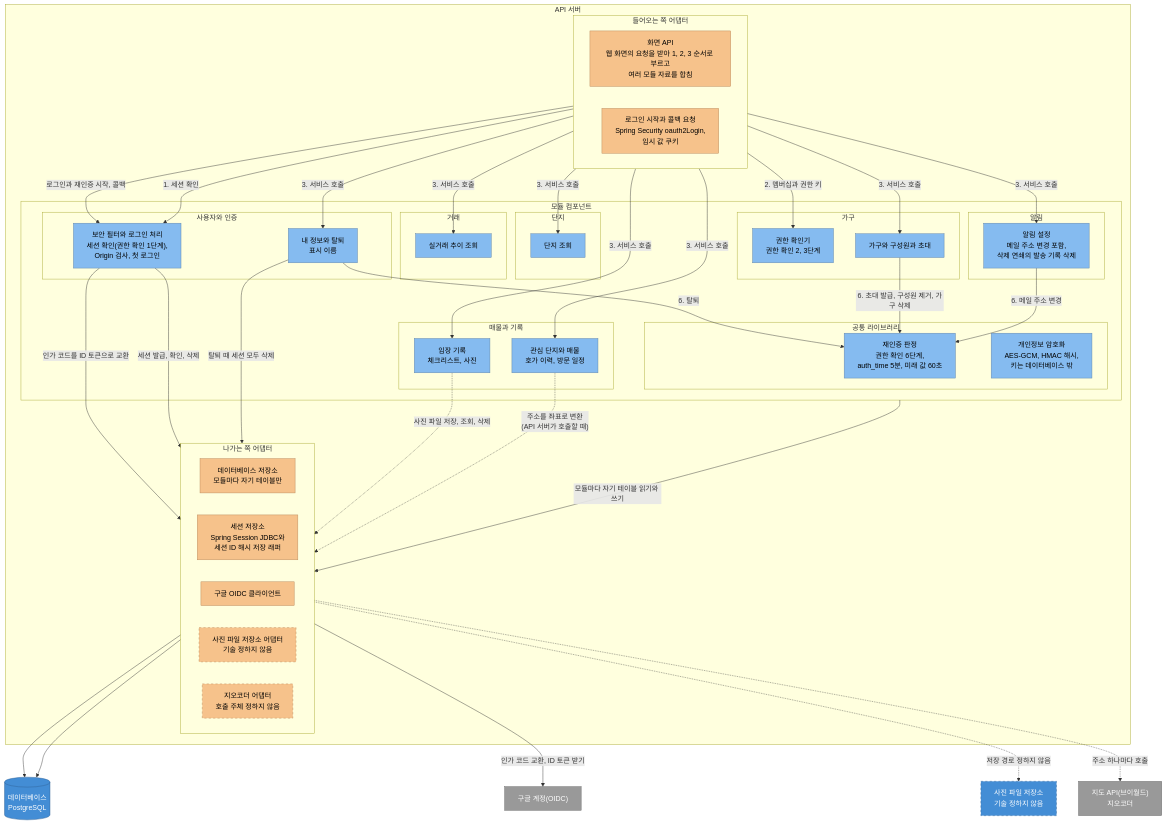
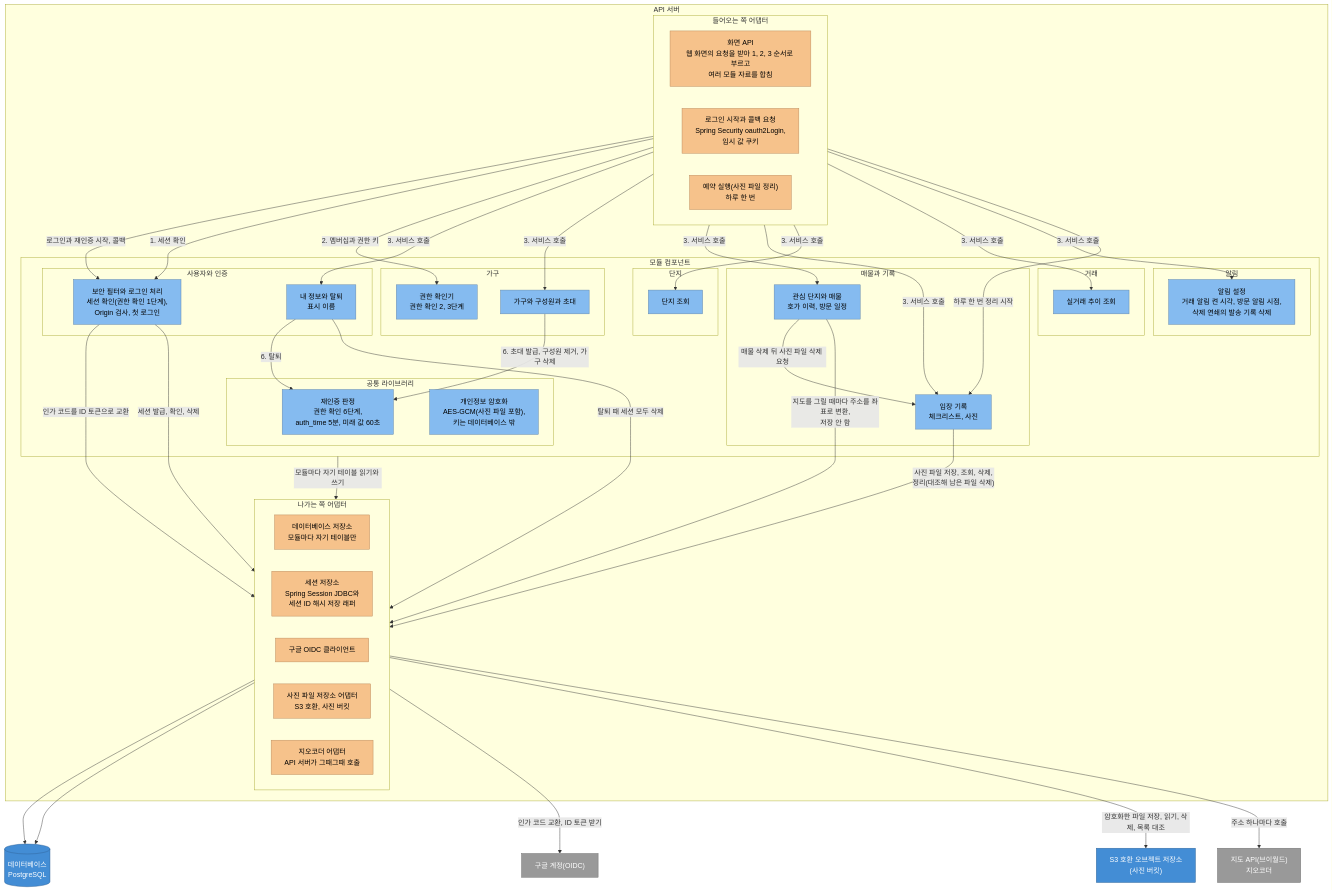
One commit to Park-Seung-Hun/real-estate changed the first of 3 diagrams in docs/architecture/c4-component.md. Above: the diagram before and after it, drawn with Mermaid. The commit also changed other lines of this file and 7 other files, not shown here.

````diff
--- a/docs/architecture/c4-component.md
+++ b/docs/architecture/c4-component.md
@@ -84,6 +88,7 @@
       direction LR
       inApi["화면 API<br/>웹 화면의 요청을 받아 1, 2, 3 순서로 부르고<br/>여러 모듈 자료를 합침"]
       inLogin["로그인 시작과 콜백 요청<br/>Spring Security oauth2Login,<br/>임시 값 쿠키"]
+      inClean["예약 실행(사진 파일 정리)<br/>하루 한 번"]
     end
 
     subgraph mods["모듈 컴포넌트"]
@@ -106,11 +111,11 @@
         trend["실거래 추이 조회"]
       end
       subgraph mNoti["알림"]
-        notiSet["알림 설정<br/>메일 주소 변경 포함,<br/>삭제 연쇄의 발송 기록 삭제"]
+        notiSet["알림 설정<br/>거래 알림 켠 시각, 방문 알림 시점,<br/>삭제 연쇄의 발송 기록 삭제"]
       end
       subgraph mCommon["공통 라이브러리"]
         reauth["재인증 판정<br/>권한 확인 6단계,<br/>auth_time 5분, 미래 값 60초"]
-        crypto["개인정보 암호화<br/>AES-GCM, HMAC 해시,<br/>키는 데이터베이스 밖"]
+        crypto["개인정보 암호화<br/>AES-GCM(사진 파일 포함),<br/>키는 데이터베이스 밖"]
       end
     end
 
@@ -119,13 +124,13 @@
       outDb["데이터베이스 저장소<br/>모듈마다 자기 테이블만"]
       outSession["세션 저장소<br/>Spring Session JDBC와<br/>세션 ID 해시 저장 래퍼"]
       outOidc["구글 OIDC 클라이언트"]
-      outPhoto["사진 파일 저장소 어댑터<br/>기술 정하지 않음"]
-      outGeo["지오코더 어댑터<br/>호출 주체 정하지 않음"]
+      outPhoto["사진 파일 저장소 어댑터<br/>S3 호환, 사진 버킷"]
+      outGeo["지오코더 어댑터<br/>API 서버가 그때그때 호출"]
     end
   end
 
   db[("데이터베이스<br/>PostgreSQL")]
-  photo["사진 파일 저장소<br/>기술 정하지 않음"]
+  photo["S3 호환 오브젝트 저장소<br/>(사진 버킷)"]
   google["구글 계정(OIDC)"]
   map["지도 API(브이월드)<br/>지오코더"]
 
@@ -141,29 +146,26 @@
   inApi -->|"3. 서비스 호출"| notiSet
   me -->|"6. 탈퇴"| reauth
   house -->|"6. 초대 발급, 구성원 제거, 가구 삭제"| reauth
-  notiSet -->|"6. 메일 주소 변경"| reauth
   sec -->|"인가 코드를 ID 토큰으로 교환"| outOidc
   sec -->|"세션 발급, 확인, 삭제"| outSession
   me -->|"탈퇴 때 세션 모두 삭제"| outSession
-  visit -.->|"사진 파일 저장, 조회, 삭제"| outPhoto
-  listing -.->|"주소를 좌표로 변환<br/>(API 서버가 호출할 때)"| outGeo
+  visit -->|"사진 파일 저장, 조회, 삭제,<br/>정리(대조해 남은 파일 삭제)"| outPhoto
+  inClean -->|"하루 한 번 정리 시작"| visit
+  listing -->|"매물 삭제 뒤 사진 파일 삭제 요청"| visit
+  listing -->|"지도를 그릴 때마다 주소를 좌표로 변환,<br/>저장 안 함"| outGeo
   mods -->|"모듈마다 자기 테이블 읽기와 쓰기"| outDb
   outDb --> db
   outSession --> db
   outOidc -->|"인가 코드 교환, ID 토큰 받기"| google
-  outPhoto -.->|"저장 경로 정하지 않음"| photo
-  outGeo -.->|"주소 하나마다 호출"| map
+  outPhoto -->|"암호화한 파일 저장, 읽기, 삭제, 목록 대조"| photo
+  outGeo -->|"주소 하나마다 호출"| map
 
   classDef comp fill:#85bbf0,stroke:#5d82a8,color:#000
   classDef adapter fill:#f6c28b,stroke:#b8875a,color:#000
-  classDef adapterTbd fill:#f6c28b,stroke:#b8875a,color:#000,stroke-dasharray:5 5
   classDef store fill:#438dd5,stroke:#2e6295,color:#fff
-  classDef storeTbd fill:#438dd5,stroke:#2e6295,color:#fff,stroke-dasharray:5 5
   classDef ext fill:#999999,stroke:#6b6b6b,color:#fff
   class sec,me,authz,house,listing,visit,complexQ,trend,notiSet,reauth,crypto comp
-  class inApi,inLogin,outDb,outSession,outOidc adapter
-  class outPhoto,outGeo adapterTbd
-  class db store
-  class photo storeTbd
+  class inApi,inLogin,inClean,outDb,outSession,outOidc,outPhoto,outGeo adapter
+  class db,photo store
   class google,map ext
 ```
````
